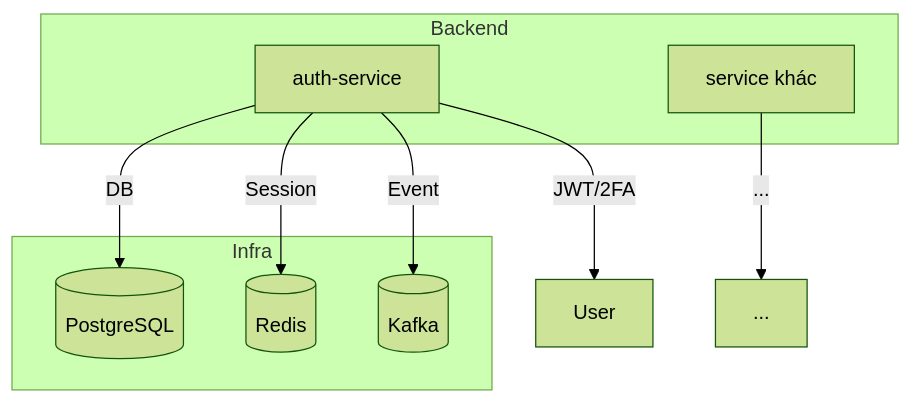
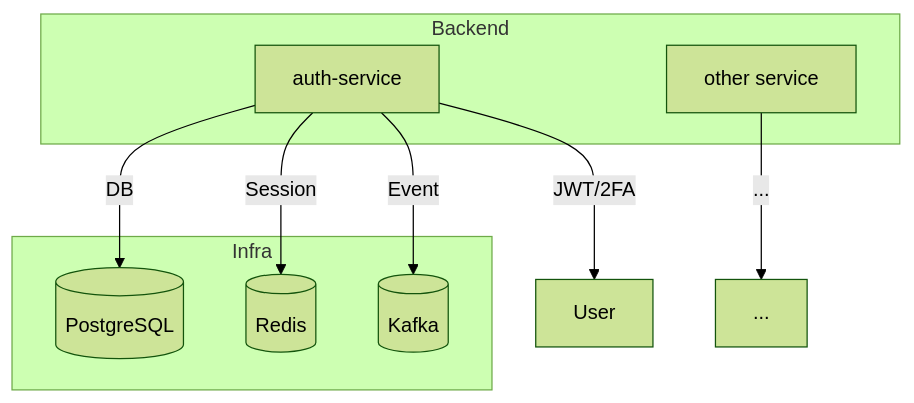
Before and after one commit to VanTruongNg/music-player: the diagram in README.md, drawn with Mermaid (forest theme). The commit also changed other lines of this file, not shown here.

````diff
--- a/README.md
+++ b/README.md
@@ -49,17 +49,17 @@
 ```mermaid
 flowchart TD
     subgraph Backend
         A[auth-service]
-        B[service khác]
+        B[other service]
     end
     subgraph Infra
         DB[(PostgreSQL)]
         REDIS[(Redis)]
         KAFKA[(Kafka)]
     end
     A-->|JWT/2FA|User
     A-->|DB|DB
     A-->|Session|REDIS
     A-->|Event|KAFKA
     B-->|...|...
 ```
````
